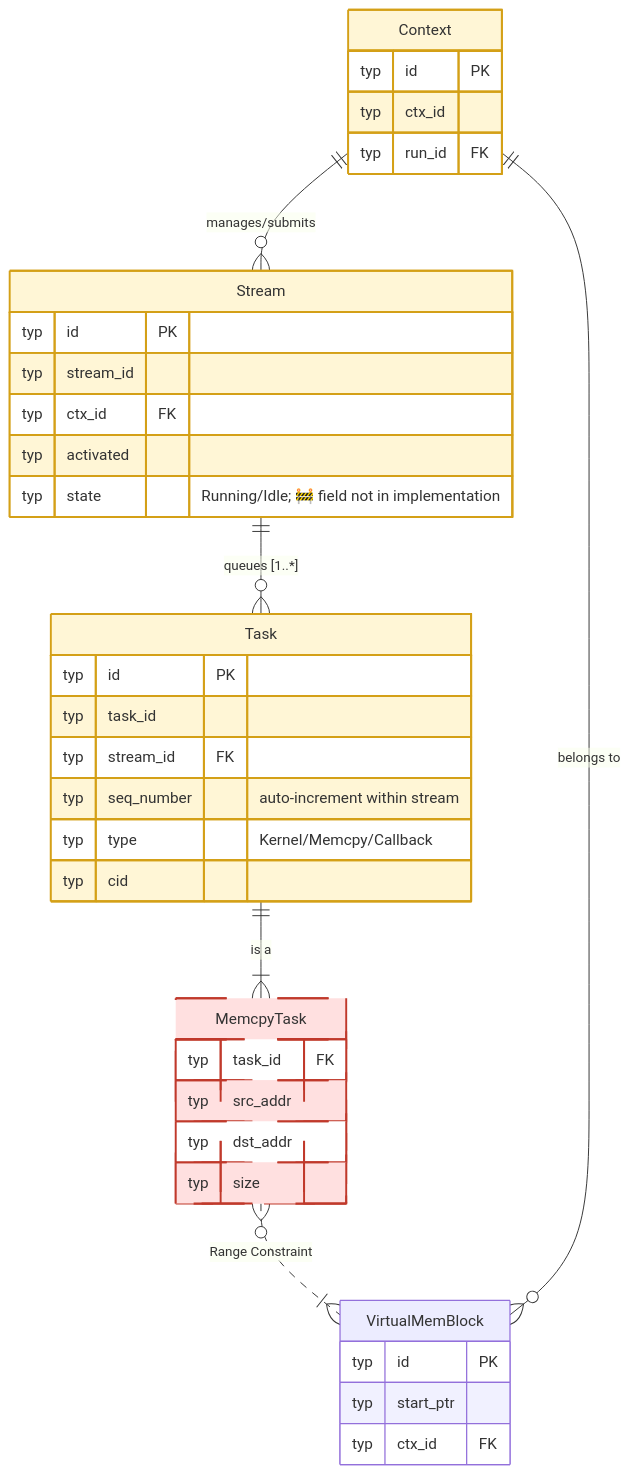
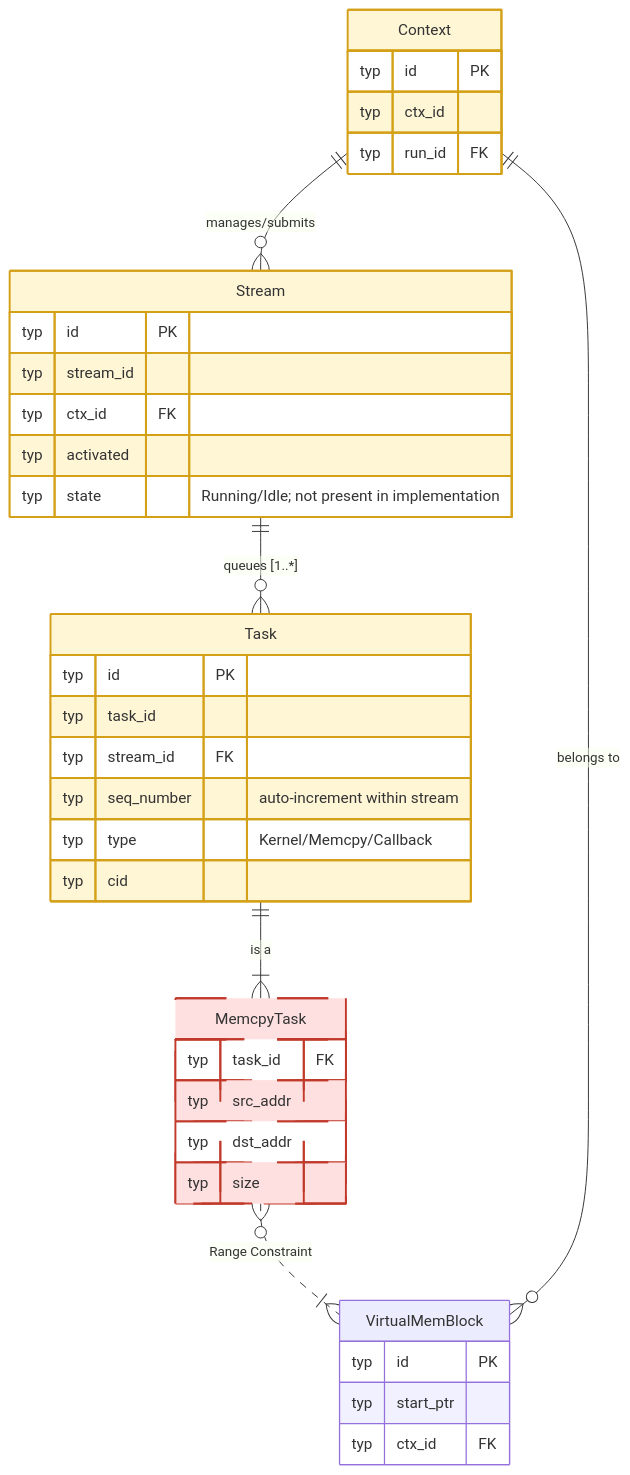
The sixth of 19 diagrams in test/hccl_vm/docs/simulator_runner_data_model_en.md (Atlas-Ascend-Fork/hcomm), drawn with Mermaid before and after one commit. The commit also changed other lines of this file and 171 other files, not shown here.

````diff
--- a/test/hccl_vm/docs/simulator_runner_data_model_en.md
+++ b/test/hccl_vm/docs/simulator_runner_data_model_en.md
@@ -589,59 +613,59 @@
 ```mermaid
 erDiagram
     Context {
         typ id PK
         typ ctx_id
         typ run_id FK
     }
 
     Stream {
         typ id PK
         typ stream_id
         typ ctx_id FK
         typ activated
-        typ state "Running/Idle; 🚧 field not in implementation"
+        typ state "Running/Idle; not present in implementation"
     }
-    %% Implementation has no state field; run state is expressed by activated/capture_status/task_complete_status
+    %% Implementation does not have a state field; runtime state is expressed by activated/capture_status/task_complete_status
 
     %% Stream contains an ordered task list
     Context ||--o{ Stream : "manages/submits"
     Stream ||--o{ Task : "queues [1..*]"
 
     Task {
         typ id PK
         typ task_id
         typ stream_id FK
         typ seq_number "auto-increment within stream"
         typ type "Kernel/Memcpy/Callback"
         typ cid
     }
 
-    %% Various specific Task types (logical inheritance)
+    %% Various concrete Task types (logical inheritance relationship)
     MemcpyTask {
         typ task_id FK
         typ src_addr
         typ dst_addr
         typ size
     }
 
-    %% Inheritance logical expression (Task has multiple types)
-    %% 🧠 Process-private candidates: Context / Stream / Task (only src/proxy accesses)
-    %% MemcpyTask is discriminated by Task.type (implementation only creates Task table)
+    %% Logical expression of inheritance (Task has multiple kinds)
+    %% Process-private candidates: Context / Stream / Task (accessed only by src/proxy)
+    %% MemcpyTask is distinguished by Task.type (implementation creates only the Task table)
     Task ||--|{ MemcpyTask : "is a"
 
     %% MemcpyTask addresses should be addressable in VirtualMemBlock
     MemcpyTask }o..|{ VirtualMemBlock : "Range Constraint"
     VirtualMemBlock {
         typ id PK
         typ start_ptr
         typ ctx_id FK
     }
 
     VirtualMemBlock }o--|| Context : "belongs to"
 
     classDef unimplemented fill:#ffe0e0,stroke:#c0392b,stroke-width:2px,stroke-dasharray:5 3
     classDef inproc fill:#fff6d6,stroke:#d4a017,stroke-width:2px
     class MemcpyTask unimplemented
     class Context,Stream,Task inproc
 
 ```
````
